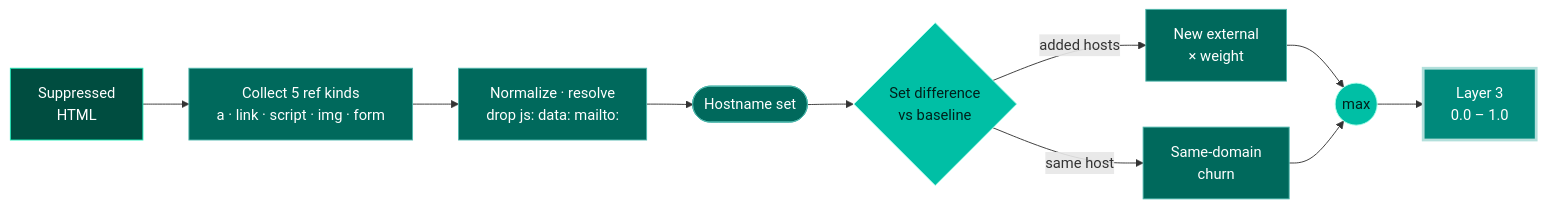
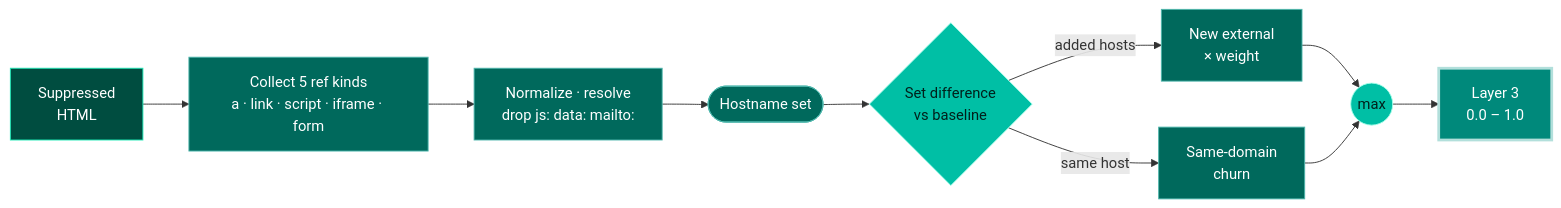
The diagram in docs/layers/3-link-audit.mdx (Ns81000/WARDRESS), drawn with Mermaid before and after one commit. The commit also changed 9 other files, not shown here.

````diff
--- a/docs/layers/3-link-audit.mdx
+++ b/docs/layers/3-link-audit.mdx
@@ -29,16 +29,16 @@
 ```mermaid
 flowchart LR
-    HTML["Suppressed<br/>HTML"]:::in --> EX["Collect 5 ref kinds<br/>a · link · script · img · form"]:::node
+    HTML["Suppressed<br/>HTML"]:::in --> EX["Collect 5 ref kinds<br/>a · link · script · iframe · form"]:::node
     EX --> NM["Normalize · resolve<br/>drop js: data: mailto:"]:::node
     NM --> DM(["Hostname set"]):::node
     DM --> SD{"Set difference<br/>vs baseline"}:::pick
     SD -->|"added hosts"| ND["New external<br/>× weight"]:::node
     SD -->|"same host"| CH["Same-domain<br/>churn"]:::node
     ND & CH --> MX(("max")):::pick
     MX --> OUT["Layer 3<br/>0.0 – 1.0"]:::out
 
     classDef in fill:#004d40,stroke:#1de9b6,color:#fff;
     classDef node fill:#00695c,stroke:#4db6ac,color:#fff;
     classDef pick fill:#00bfa5,stroke:#a7ffeb,color:#00201b;
     classDef out fill:#00897b,stroke:#b2dfdb,color:#fff,stroke-width:3px;
 ```
````
